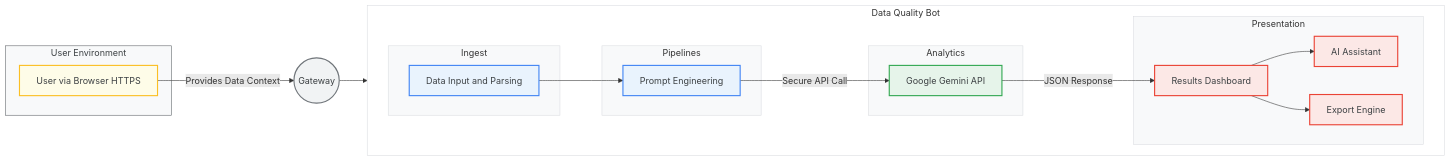
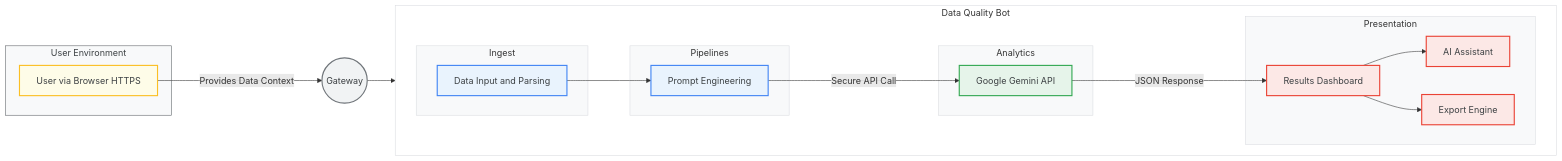
Before and after one commit to chtsalvishal/DQ_Gen_AI_Bot: the first of 2 diagrams in README.md, drawn with Mermaid. The commit also changed other lines of this file, not shown here.

First line of the commit message:
docs: Improve README diagrams

````diff
--- a/README.md
+++ b/README.md
@@ -20,48 +20,48 @@
 ```mermaid
 graph LR
     subgraph userenv [User Environment]
         A[User via Browser HTTPS]:::userNode
     end
 
     B((Gateway)):::gatewayNode
     
-    A -- Provides Data Context --> B
+    A -- Provides Data Context ---> B
 
     subgraph botlogic [Data Quality Bot]
         direction LR
         subgraph ingest [Ingest]
             C[Data Input and Parsing]:::processNode
         end
         subgraph pipelines [Pipelines]
             D[Prompt Engineering]:::processNode
         end
         subgraph analytics [Analytics]
             E[Google Gemini API]:::apiNode
         end
         subgraph presentation [Presentation]
             F[Results Dashboard]:::outputNode
             G[AI Assistant]:::outputNode
             H[Export Engine]:::outputNode
         end
     end
 
     B --> C
     C --> D
-    D -- Secure API Call --> E
-    E -- JSON Response --> F
+    D -- Secure API Call ---> E
+    E -- JSON Response ---> F
     F --> G
     F --> H
     
     style userenv fill:#F8F9FA,stroke:#5F6368,color:#3C4043
     style botlogic fill:#FFFFFF,stroke:#DADCE0
     style ingest fill:#F8F9FA,stroke:#DADCE0
     style pipelines fill:#F8F9FA,stroke:#DADCE0
     style analytics fill:#F8F9FA,stroke:#DADCE0
     style presentation fill:#F8F9FA,stroke:#DADCE0
 
     classDef userNode fill:#FEFCE8,stroke:#FBBF24,stroke-width:2px,color:#3C4043
     classDef gatewayNode fill:#F1F3F4,stroke:#70757A,stroke-width:2px,color:#3C4043
     classDef processNode fill:#E9F3FD,stroke:#4285F4,stroke-width:2px,color:#3C4043
     classDef apiNode fill:#E6F4EA,stroke:#34A853,stroke-width:2px,color:#3C4043
     classDef outputNode fill:#FCE8E6,stroke:#EA4335,stroke-width:2px,color:#3C4043
 ```
````
